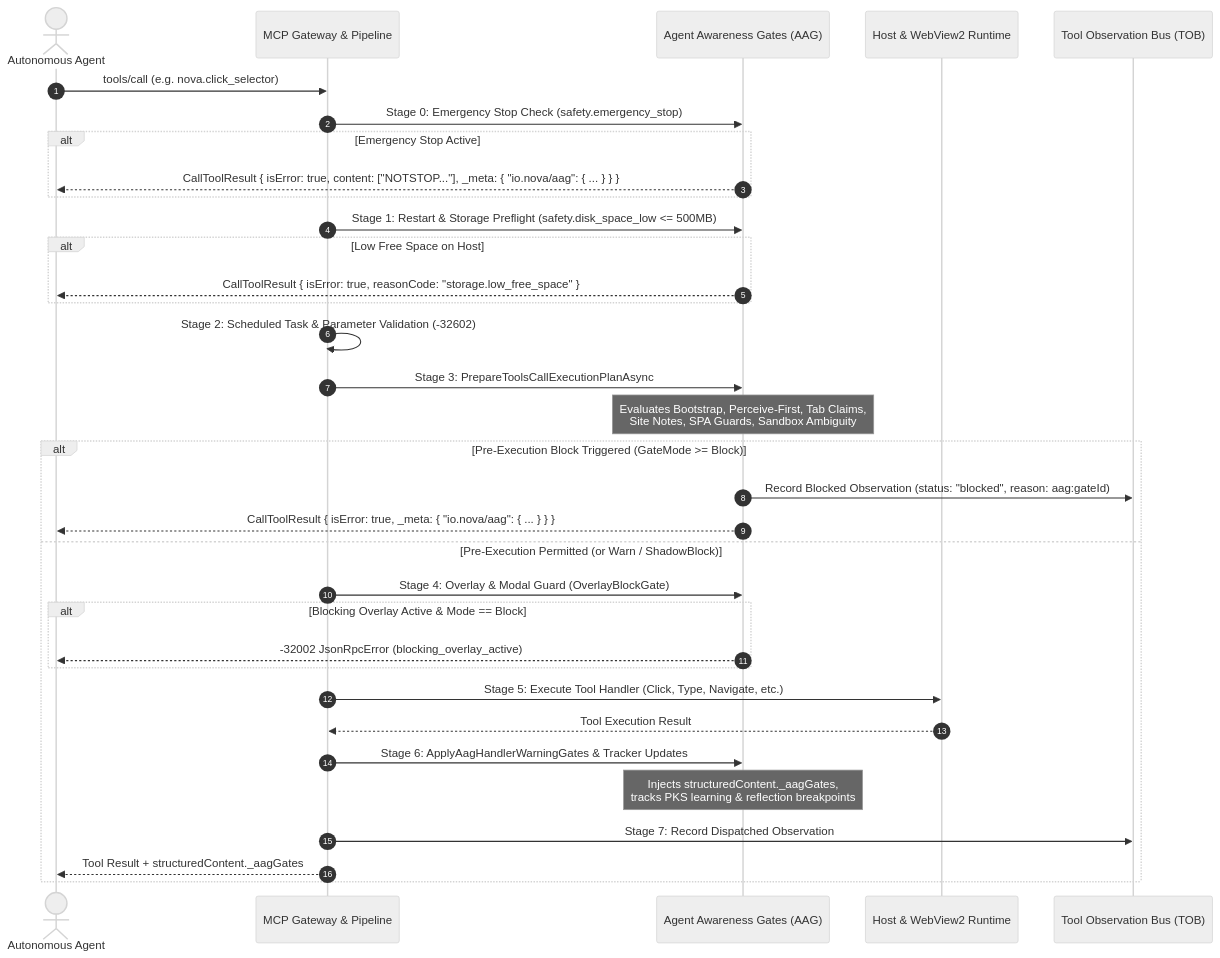
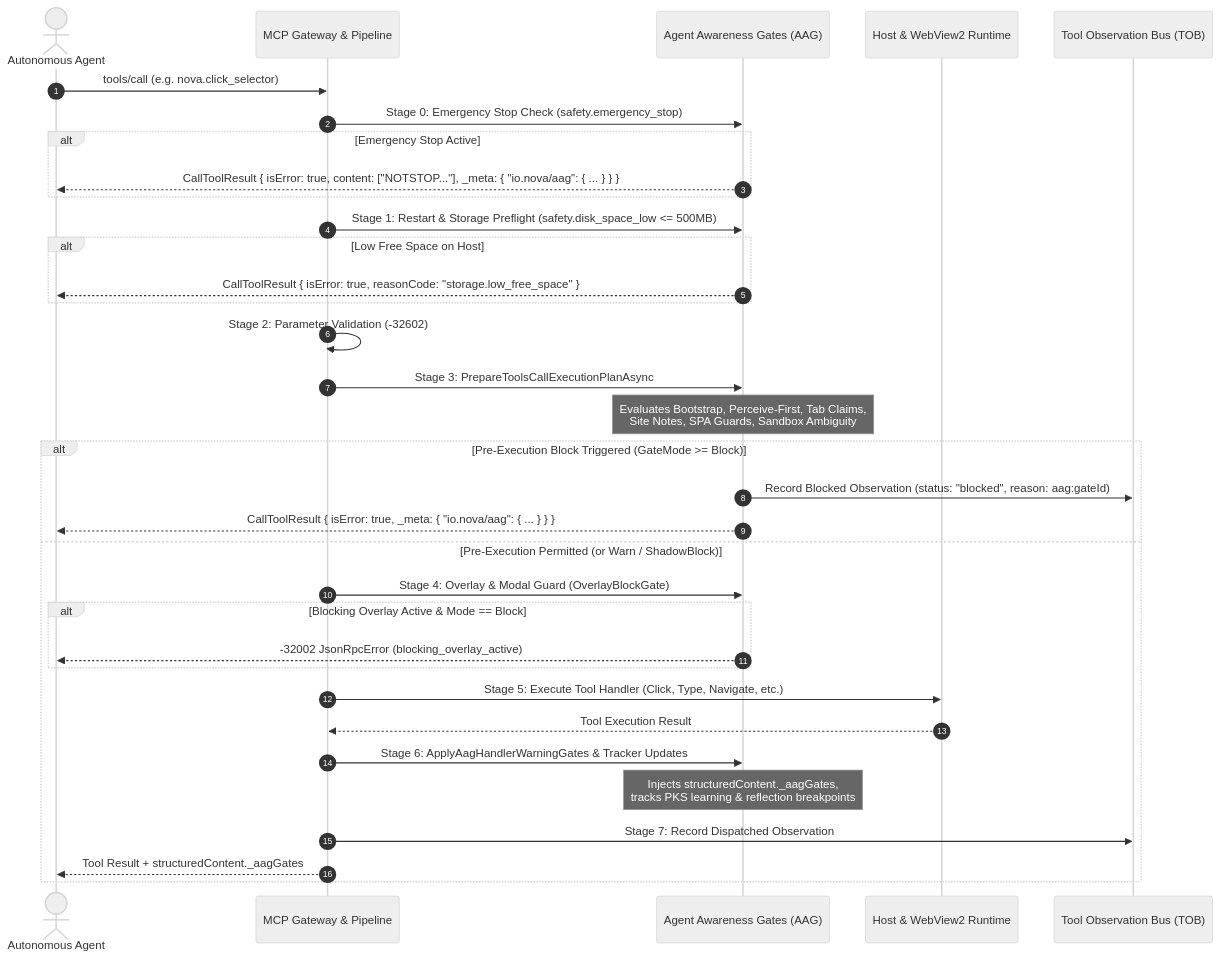
The second of 6 diagrams in docs/core-features/agent-awareness-gates-aag/README.md (joelaniol/nova), drawn with Mermaid (neutral theme) before and after one commit. The commit also changed 98 other files, not shown here.

````diff
--- a/docs/core-features/agent-awareness-gates-aag/README.md
+++ b/docs/core-features/agent-awareness-gates-aag/README.md
@@ -107,40 +107,40 @@
 ```mermaid
 sequenceDiagram
     autonumber
     actor Agent as Autonomous Agent
     participant GW as MCP Gateway & Pipeline
     participant AAG as Agent Awareness Gates (AAG)
     participant Host as Host & WebView2 Runtime
     participant TOB as Tool Observation Bus (TOB)
 
     Agent->>GW: tools/call (e.g. nova.click_selector)
     GW->>AAG: Stage 0: Emergency Stop Check (safety.emergency_stop)
     alt Emergency Stop Active
         AAG-->>Agent: CallToolResult { isError: true, content: ["NOTSTOP..."], _meta: { "io.nova/aag": { ... } } }
     end
 
     GW->>AAG: Stage 1: Restart & Storage Preflight (safety.disk_space_low <= 500MB)
     alt Low Free Space on Host
         AAG-->>Agent: CallToolResult { isError: true, reasonCode: "storage.low_free_space" }
     end
 
-    GW->>GW: Stage 2: Scheduled Task & Parameter Validation (-32602)
+    GW->>GW: Stage 2: Parameter Validation (-32602)
     GW->>AAG: Stage 3: PrepareToolsCallExecutionPlanAsync
     Note over AAG: Evaluates Bootstrap, Perceive-First, Tab Claims,<br/>Site Notes, SPA Guards, Sandbox Ambiguity
 
     alt Pre-Execution Block Triggered (GateMode >= Block)
         AAG->>TOB: Record Blocked Observation (status: "blocked", reason: aag:gateId)
         AAG-->>Agent: CallToolResult { isError: true, _meta: { "io.nova/aag": { ... } } }
     else Pre-Execution Permitted (or Warn / ShadowBlock)
         GW->>AAG: Stage 4: Overlay & Modal Guard (OverlayBlockGate)
         alt Blocking Overlay Active & Mode == Block
             AAG-->>Agent: -32002 JsonRpcError (blocking_overlay_active)
         end
         GW->>Host: Stage 5: Execute Tool Handler (Click, Type, Navigate, etc.)
         Host-->>GW: Tool Execution Result
         GW->>AAG: Stage 6: ApplyAagHandlerWarningGates & Tracker Updates
         Note over AAG: Injects structuredContent._aagGates,<br/>tracks PKS learning & reflection breakpoints
         GW->>TOB: Stage 7: Record Dispatched Observation
         GW-->>Agent: Tool Result + structuredContent._aagGates
     end
 ```
````
